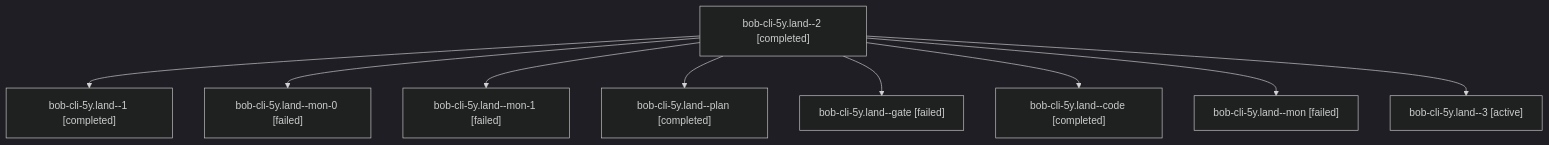
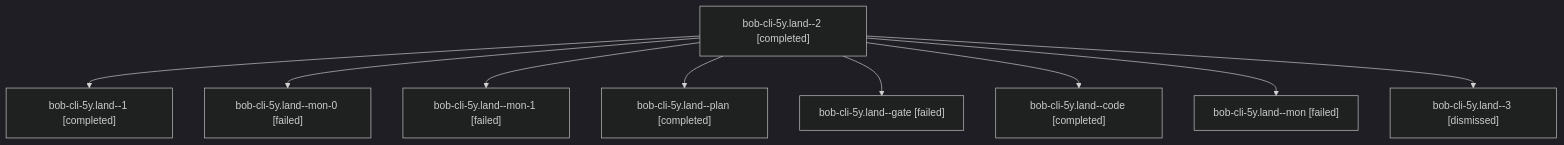
One commit to bobs-org/bob-cli--agents changed the diagram in sessions/bbugyi200.athena.bob-cli-5y.land.md. Above: the diagram before and after it, drawn with Mermaid (dark theme). The commit also changed other lines of this file and 103 other files, not shown here.

````diff
--- a/sessions/bbugyi200.athena.bob-cli-5y.land.md
+++ b/sessions/bbugyi200.athena.bob-cli-5y.land.md
@@ -9,20 +9,20 @@
 ```mermaid
 flowchart TD
   n0["bob-cli-5y.land--2 [completed]"]
   n1["bob-cli-5y.land--1 [completed]"]
   n0 --> n1
   n2["bob-cli-5y.land--mon-0 [failed]"]
   n0 --> n2
   n3["bob-cli-5y.land--mon-1 [failed]"]
   n0 --> n3
   n4["bob-cli-5y.land--plan [completed]"]
   n0 --> n4
   n5["bob-cli-5y.land--gate [failed]"]
   n0 --> n5
   n6["bob-cli-5y.land--code [completed]"]
   n0 --> n6
   n7["bob-cli-5y.land--mon [failed]"]
   n0 --> n7
-  n8["bob-cli-5y.land--3 [active]"]
+  n8["bob-cli-5y.land--3 [dismissed]"]
   n0 --> n8
 ```
````
